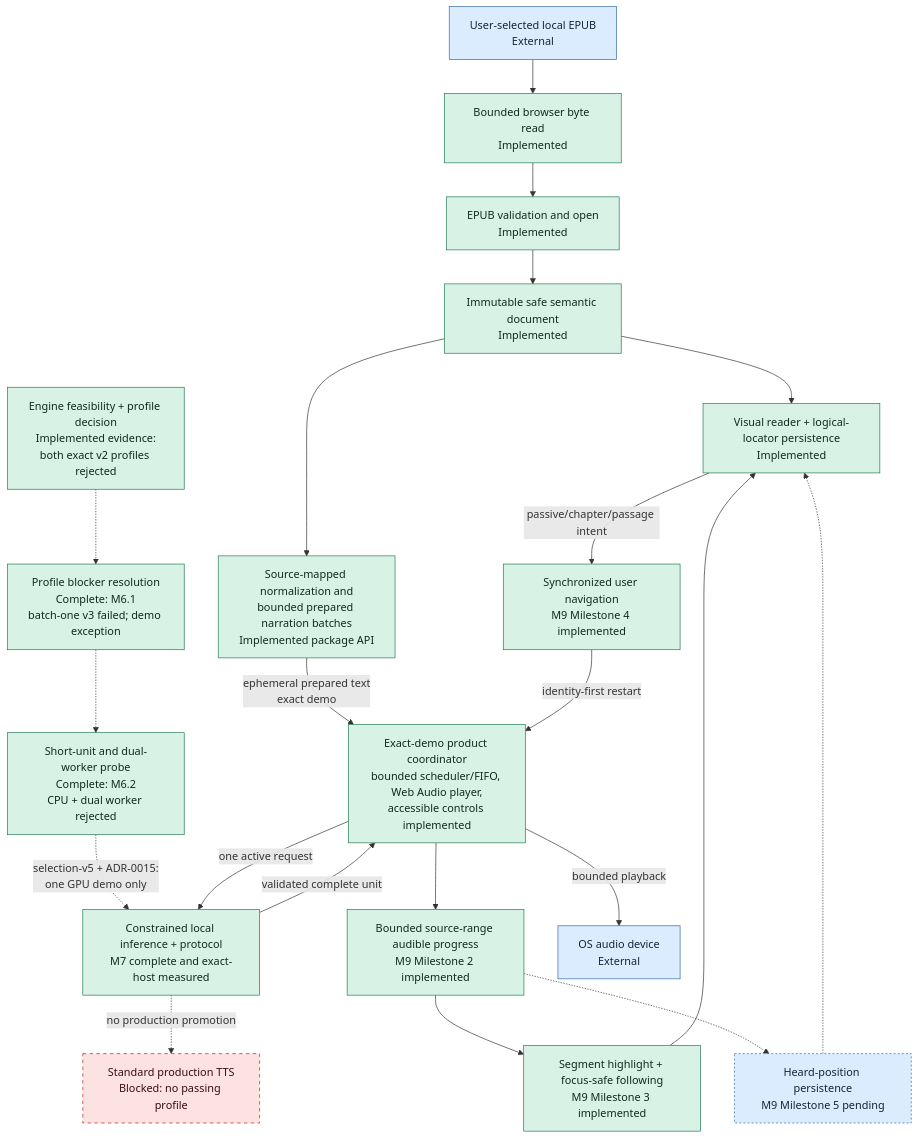
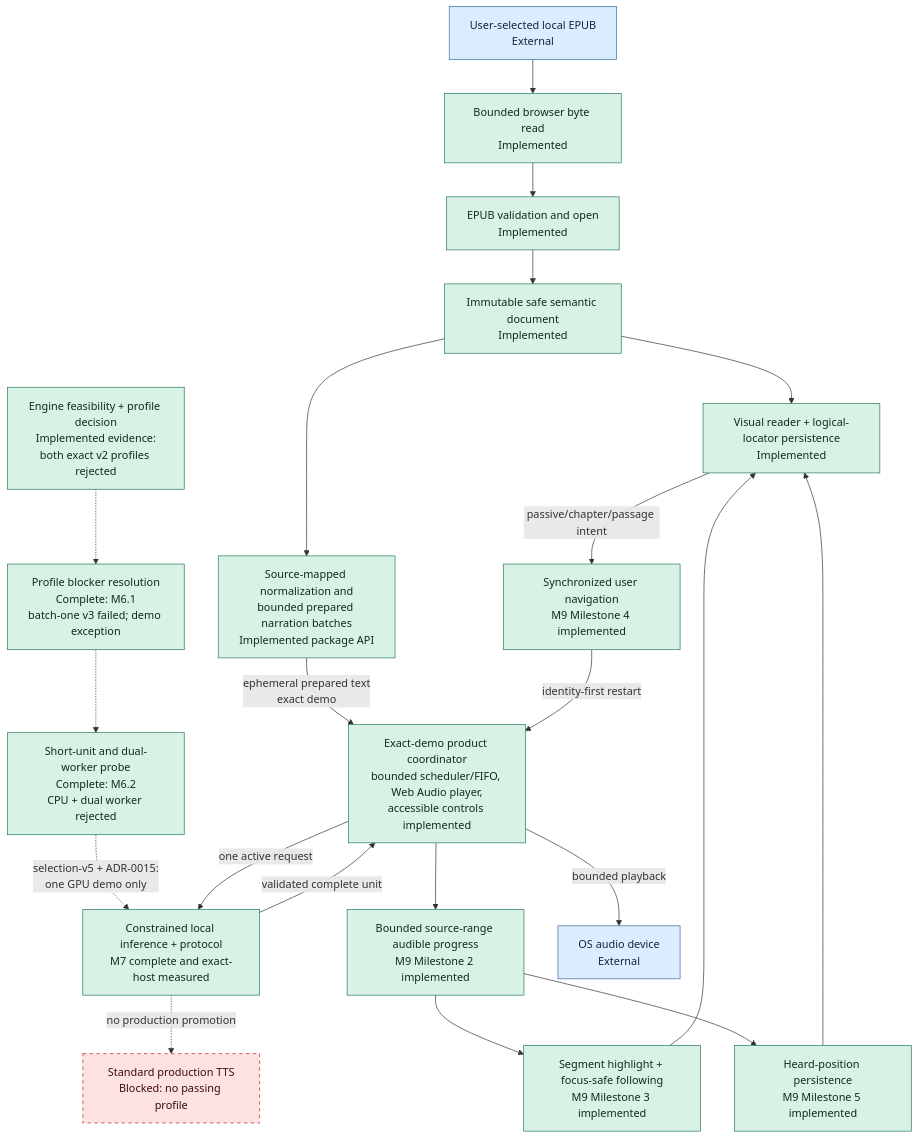
Before and after one commit to mmjosedaniel/voxleaf: the second of 2 diagrams in docs/architecture/system-diagram.md, drawn with Mermaid. The commit also changed other lines of this file and 18 other files, not shown here.

First line of the commit message:
feat(reader): persist heard progress and lifecycle behavior (#132)

````diff
--- a/docs/architecture/system-diagram.md
+++ b/docs/architecture/system-diagram.md
@@ -148,45 +151,45 @@
 ```mermaid
 flowchart TD
     classDef implemented fill:#d9f2e6,stroke:#247a52,color:#102a20
     classDef progress fill:#dcecff,stroke:#356aa0,color:#13253a,stroke-dasharray: 3 3
     classDef planned fill:#fff0c7,stroke:#9a6b00,color:#332400,stroke-dasharray: 5 5
     classDef blocked fill:#fde2e2,stroke:#b42318,color:#3a0d0d,stroke-dasharray: 5 5
     classDef deferred fill:#eceff3,stroke:#667085,color:#20242a,stroke-dasharray: 5 5
     classDef external fill:#dcecff,stroke:#356aa0,color:#13253a
 
     FILE["User-selected local EPUB<br/>External"]:::external
     READ["Bounded browser byte read<br/>Implemented"]:::implemented
     OPEN["EPUB validation and open<br/>Implemented"]:::implemented
     SAFE["Immutable safe semantic document<br/>Implemented"]:::implemented
     VISUAL["Visual reader + logical-locator persistence<br/>Implemented"]:::implemented
     PREP["Source-mapped normalization and<br/>bounded prepared narration batches<br/>Implemented package API"]:::implemented
     PROFILE["Engine feasibility + profile decision<br/>Implemented evidence:<br/>both exact v2 profiles rejected"]:::implemented
     NEXT_PROFILE["Profile blocker resolution<br/>Complete: M6.1<br/>batch-one v3 failed; demo exception"]:::implemented
     BATCH_PROBE["Short-unit and dual-worker probe<br/>Complete: M6.2<br/>CPU + dual worker rejected"]:::implemented
     INFER["Constrained local inference + protocol<br/>M7 complete and exact-host measured"]:::implemented
     PROD["Standard production TTS<br/>Blocked: no passing profile"]:::blocked
     BUFFER["Exact-demo product coordinator<br/>bounded scheduler/FIFO, Web Audio player,<br/>accessible controls implemented"]:::implemented
     AUDIBLE["Bounded source-range audible progress<br/>M9 Milestone 2 implemented"]:::implemented
     FOLLOW["Segment highlight + focus-safe following<br/>M9 Milestone 3 implemented"]:::implemented
     INTERACTION["Synchronized user navigation<br/>M9 Milestone 4 implemented"]:::implemented
-    HEARD["Heard-position persistence<br/>M9 Milestone 5 pending"]:::progress
+    HEARD["Heard-position persistence<br/>M9 Milestone 5 implemented"]:::implemented
     DEVICE["OS audio device<br/>External"]:::external
 
     FILE --> READ --> OPEN --> SAFE --> VISUAL
     SAFE --> PREP
     PREP -->|"ephemeral prepared text<br/>exact demo"| BUFFER
     PROFILE -.-> NEXT_PROFILE
     NEXT_PROFILE -.-> BATCH_PROBE
     BATCH_PROBE -.->|"selection-v5 + ADR-0015:<br/>one GPU demo only"| INFER
     INFER -.->|"no production promotion"| PROD
     BUFFER -->|"one active request"| INFER
     INFER -->|"validated complete unit"| BUFFER
     BUFFER --> AUDIBLE
     AUDIBLE --> FOLLOW
     FOLLOW --> VISUAL
     VISUAL -->|"passive/chapter/passage intent"| INTERACTION
     INTERACTION -->|"identity-first restart"| BUFFER
-    AUDIBLE -.-> HEARD
-    HEARD -.-> VISUAL
+    AUDIBLE --> HEARD
+    HEARD --> VISUAL
     BUFFER -->|"bounded playback"| DEVICE
 ```
````
